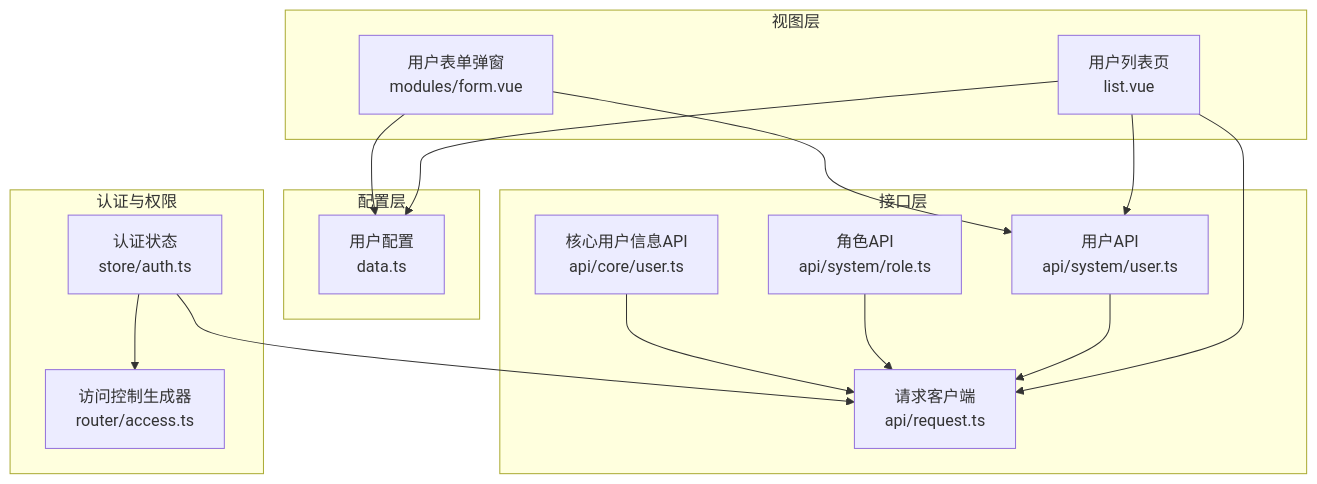
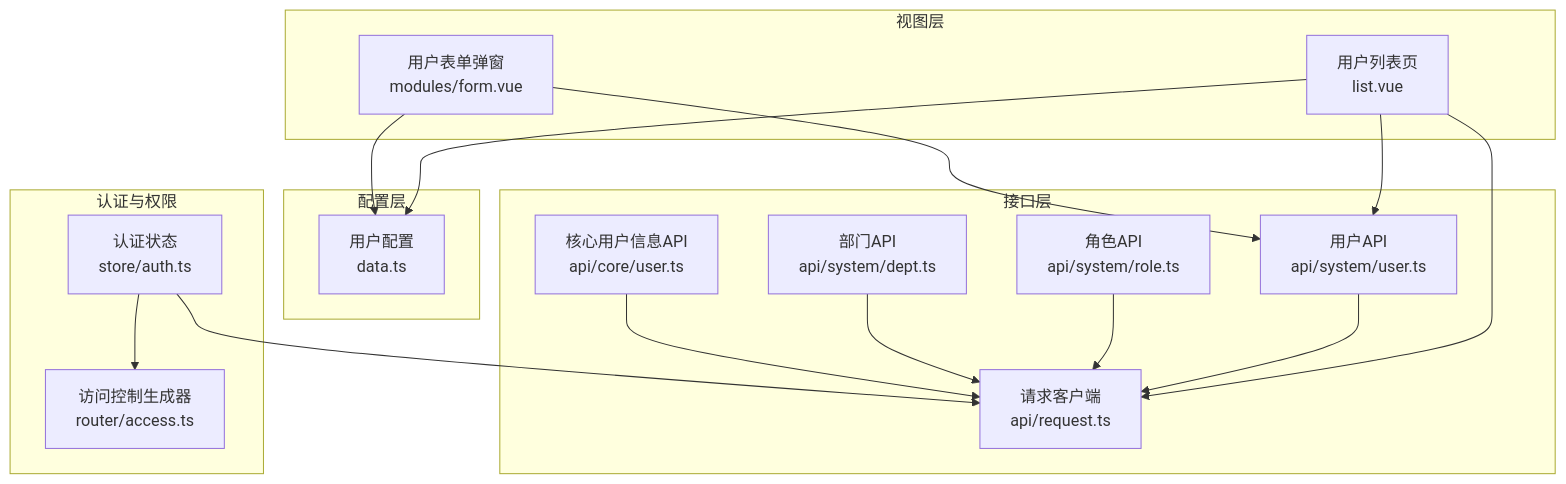
The first of 7 diagrams in .qoder/repowiki/zh/content/业务模块/用户管理.md (ShiRuYu/shiyu-ui), drawn with Mermaid before and after one commit. The commit also changed other lines of this file and 37 other files, not shown here.

````diff
--- a/.qoder/repowiki/zh/content/业务模块/用户管理.md
+++ b/.qoder/repowiki/zh/content/业务模块/用户管理.md
@@ -53,30 +65,32 @@
 ```mermaid
 graph TB
 subgraph "视图层"
 L["用户列表页<br/>list.vue"]
 F["用户表单弹窗<br/>modules/form.vue"]
 end
 subgraph "配置层"
 D["用户配置<br/>data.ts"]
 end
 subgraph "接口层"
 UAPI["用户API<br/>api/system/user.ts"]
 RAPI["角色API<br/>api/system/role.ts"]
+DEPTAPI["部门API<br/>api/system/dept.ts"]
 COREU["核心用户信息API<br/>api/core/user.ts"]
 REQ["请求客户端<br/>api/request.ts"]
 end
 subgraph "认证与权限"
 AUTH["认证状态<br/>store/auth.ts"]
 ACCESS["访问控制生成器<br/>router/access.ts"]
 end
 L --> D
 L --> UAPI
 L --> REQ
 F --> D
 F --> UAPI
 UAPI --> REQ
 RAPI --> REQ
+DEPTAPI --> REQ
 COREU --> REQ
 AUTH --> ACCESS
 AUTH --> REQ
 ```
````
